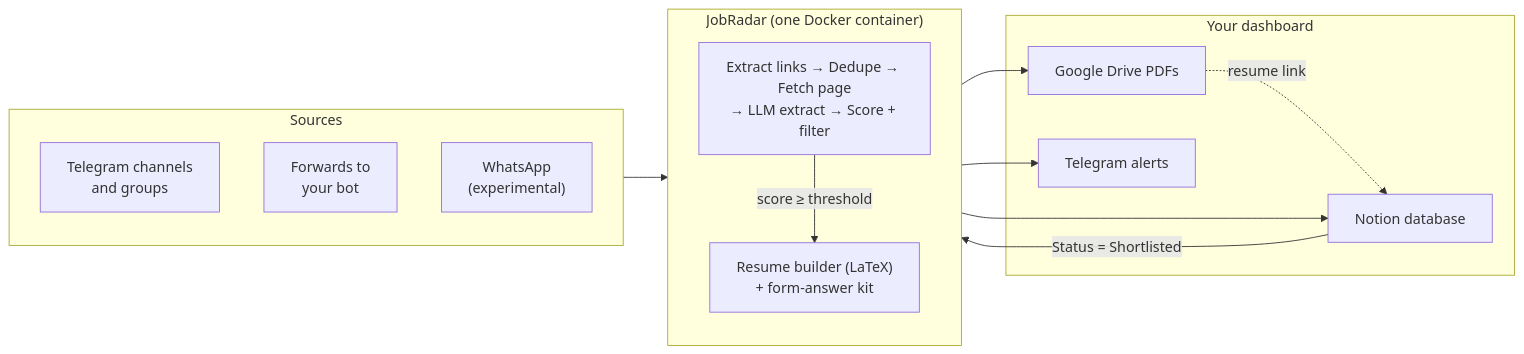
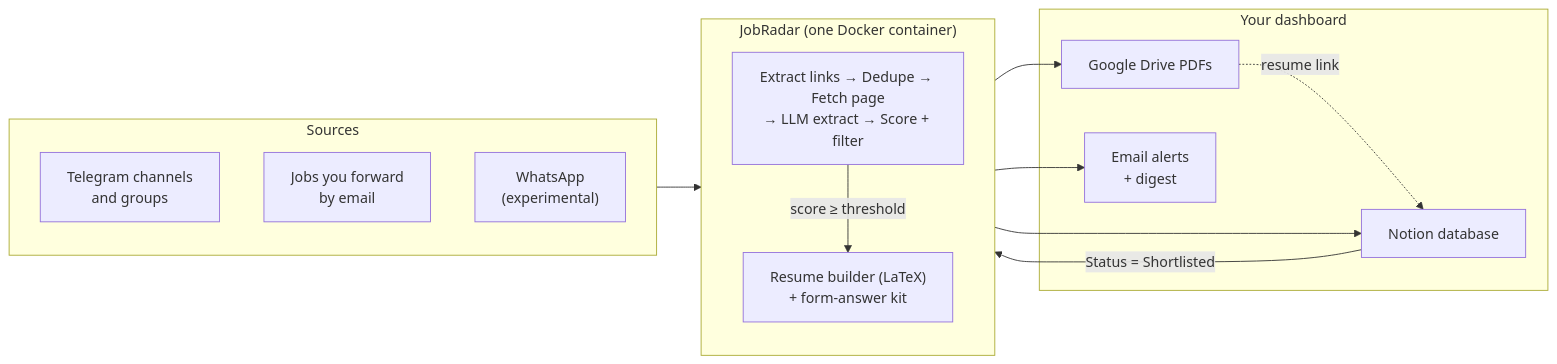
The diagram in README.md (ThePlator/JobRadar), drawn with Mermaid before and after one commit. The commit also changed other lines of this file and 13 other files, not shown here.

````diff
--- a/README.md
+++ b/README.md
@@ -27,28 +27,28 @@
 ```mermaid
 flowchart LR
     subgraph Sources
         TG["Telegram channels<br/>and groups"]
-        BOT["Forwards to<br/>your bot"]
+        BOT["Jobs you forward<br/>by email"]
         WA["WhatsApp<br/>(experimental)"]
     end
 
     subgraph JobRadar["JobRadar (one Docker container)"]
         direction TB
         P["Extract links → Dedupe → Fetch page<br/>→ LLM extract → Score + filter"]
         R["Resume builder (LaTeX)<br/>+ form-answer kit"]
         P -- "score ≥ threshold" --> R
     end
 
     subgraph You["Your dashboard"]
         N["Notion database"]
         D["Google Drive PDFs"]
-        A["Telegram alerts"]
+        A["Email alerts<br/>+ digest"]
     end
 
     Sources --> P
     P --> N
     R --> D
     D -. "resume link" .-> N
     P --> A
     N -- "Status = Shortlisted" --> R
 ```
````
